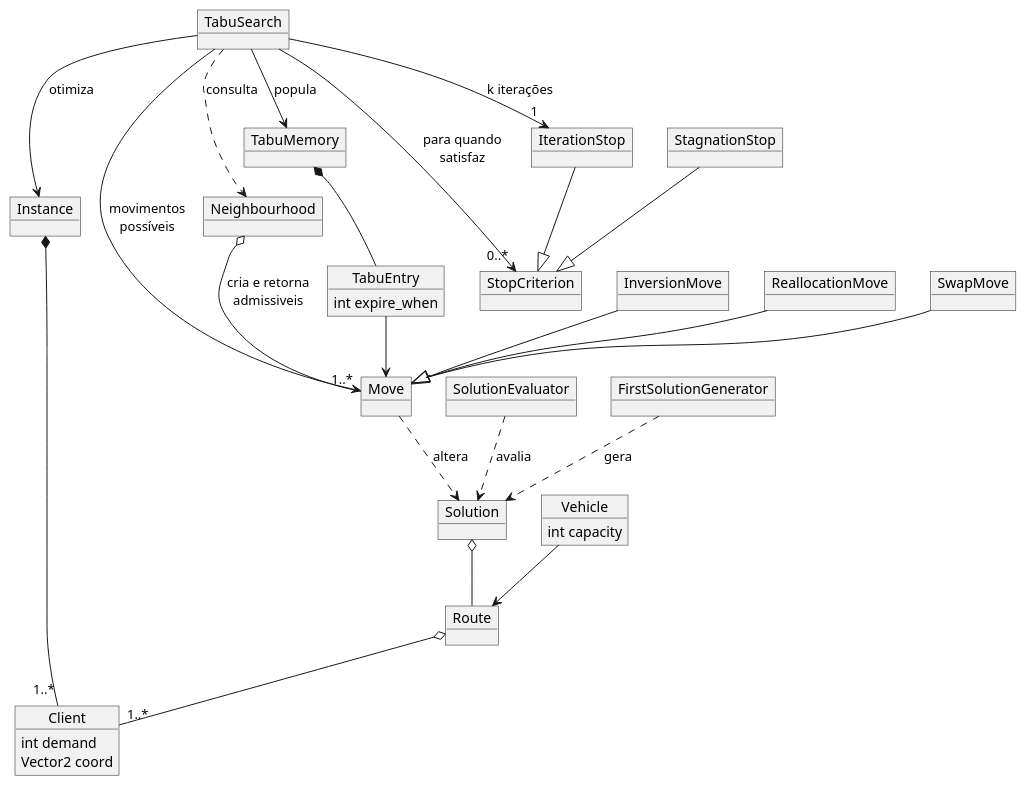
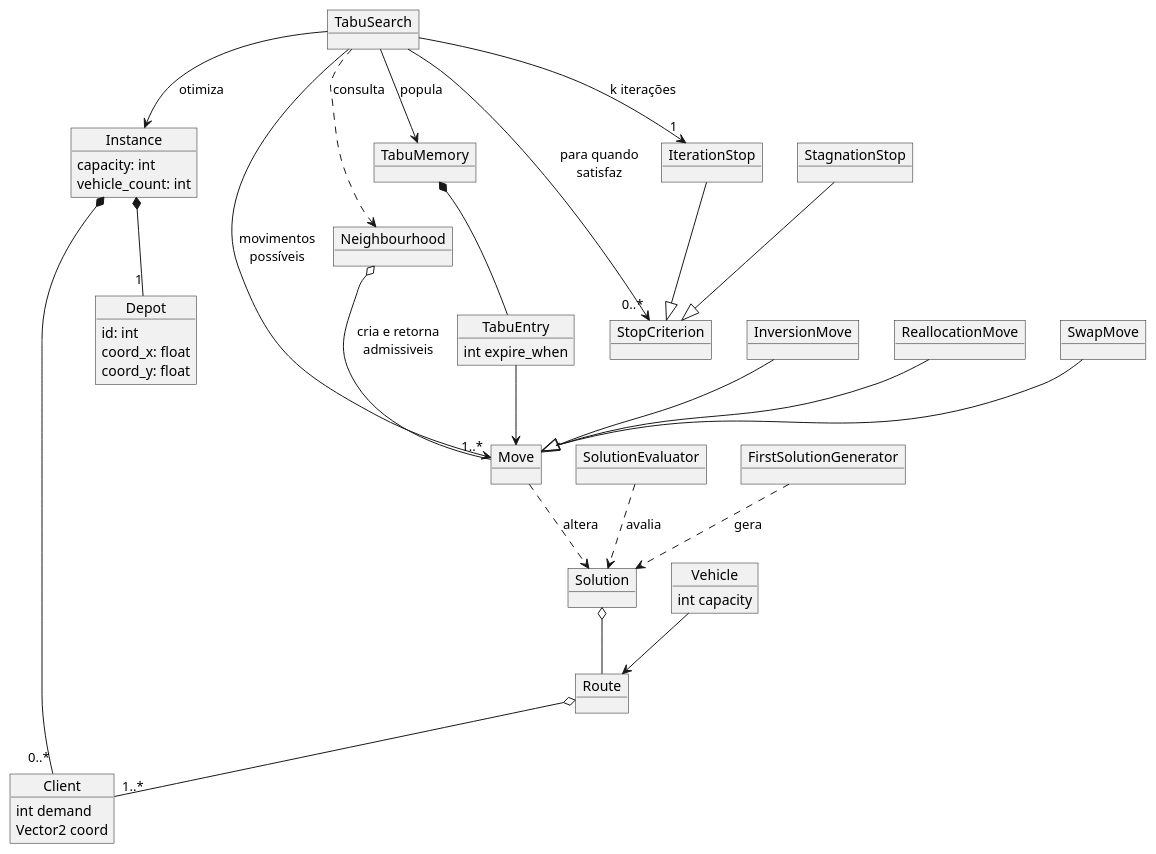
Before and after one commit to FelipePassarela/cvrp-tabu-search: the diagram in docs/domain-model.puml, drawn with PlantUML. The commit also changed 7 other files, not shown here.

```diff
--- a/docs/domain-model.puml
+++ b/docs/domain-model.puml
@@ -1,61 +1,70 @@
 @startuml
 
 object "TabuSearch" as tabu
-object "Instance" as inst
+object "Instance" as inst {
+    capacity: int
+    vehicle_count: int
+}
 
 object "Move" as move
 object "InversionMove" as invmo
 object "ReallocationMove" as remo
 object "SwapMove" as smove
 object "Neighbourhood" as neigh
 
 object "TabuMemory" as tlist
 object "TabuEntry" as tentry {
     int expire_when
 }
 
 object "StopCriterion" as stop
 object "IterationStop" as istop
 object "StagnationStop" as stagstop
 
 object "Client" as client {
     int demand
     Vector2 coord
 }
+object "Depot" as depot {
+    id: int
+    coord_x: float
+    coord_y: float
+}
 object "Route" as rote
 object "Vehicle" as vehi {
     int capacity
 }
 
 object "Solution" as sol
 object "SolutionEvaluator" as eval
 object "FirstSolutionGenerator" as solgen
 
-inst *-- "1..*" client
+inst *-- "0..*" client
+inst *-- "1" depot
 tabu --> inst : otimiza
 
 smove --|> move
 remo --|> move
 invmo --|> move
 move ..> sol : altera
 neigh o-- move : cria e retorna\nadmissiveis
 tabu --> "1..*" move : movimentos\npossíveis
 tabu ..> neigh : consulta
 
 istop --|> stop
 stagstop --|> stop
 tabu --> "0..*" stop : para quando\nsatisfaz
 tabu --> "1" istop : k iterações
 
 rote o-- "1..*" client
 vehi --> rote
 
 sol o-- rote
 eval ..> sol : avalia
 solgen ..> sol : gera
 
 tentry --> move
 tlist *-- tentry
 tabu --> tlist : popula
 
 @enduml
```
